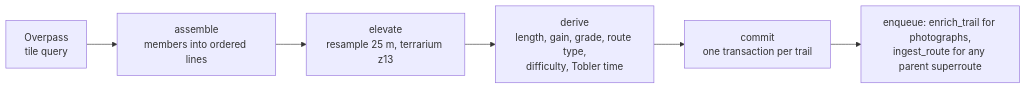
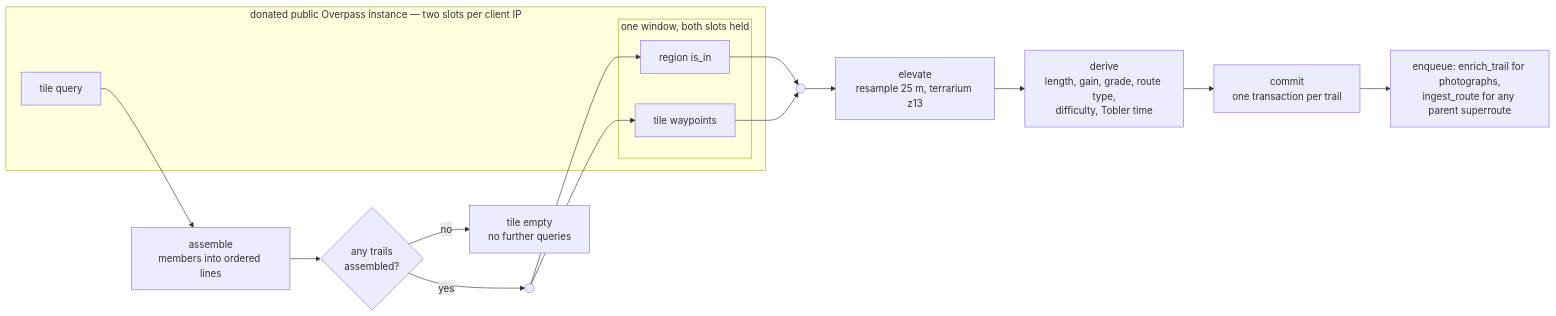
Before and after one commit to mbahgatTech/switchback: the third of 13 diagrams in docs/architecture.md, drawn with Mermaid. The commit also changed other lines of this file and 10 other files, not shown here.

First line of the commit message:
Fill both Overpass slots on the way to a tile's first trail (#93)

````diff
--- a/docs/architecture.md
+++ b/docs/architecture.md
@@ -88,8 +88,22 @@
 ```mermaid
 flowchart LR
-  A["Overpass<br/>tile query"] --> B["assemble<br/>members into ordered lines"]
-  B --> C["elevate<br/>resample 25 m, terrarium z13"]
+  subgraph OSM["donated public Overpass instance — two slots per client IP"]
+    A["tile query"]
+    subgraph W["one window, both slots held"]
+      T1["region is_in"]
+      T2["tile waypoints"]
+    end
+  end
+  A --> B["assemble<br/>members into ordered lines"]
+  B --> X{"any trails<br/>assembled?"}
+  X -- no --> Z["tile empty<br/>no further queries"]
+  X -- yes --> F(( ))
+  F --> T1
+  F --> T2
+  T1 --> J(( ))
+  T2 --> J(( ))
+  J --> C["elevate<br/>resample 25 m, terrarium z13"]
   C --> D["derive<br/>length, gain, grade, route type,<br/>difficulty, Tobler time"]
   D --> E["commit<br/>one transaction per trail"]
-  E --> F["enqueue: enrich_trail for photographs,<br/>ingest_route for any parent superroute"]
+  E --> G["enqueue: enrich_trail for photographs,<br/>ingest_route for any parent superroute"]
 ```
````
